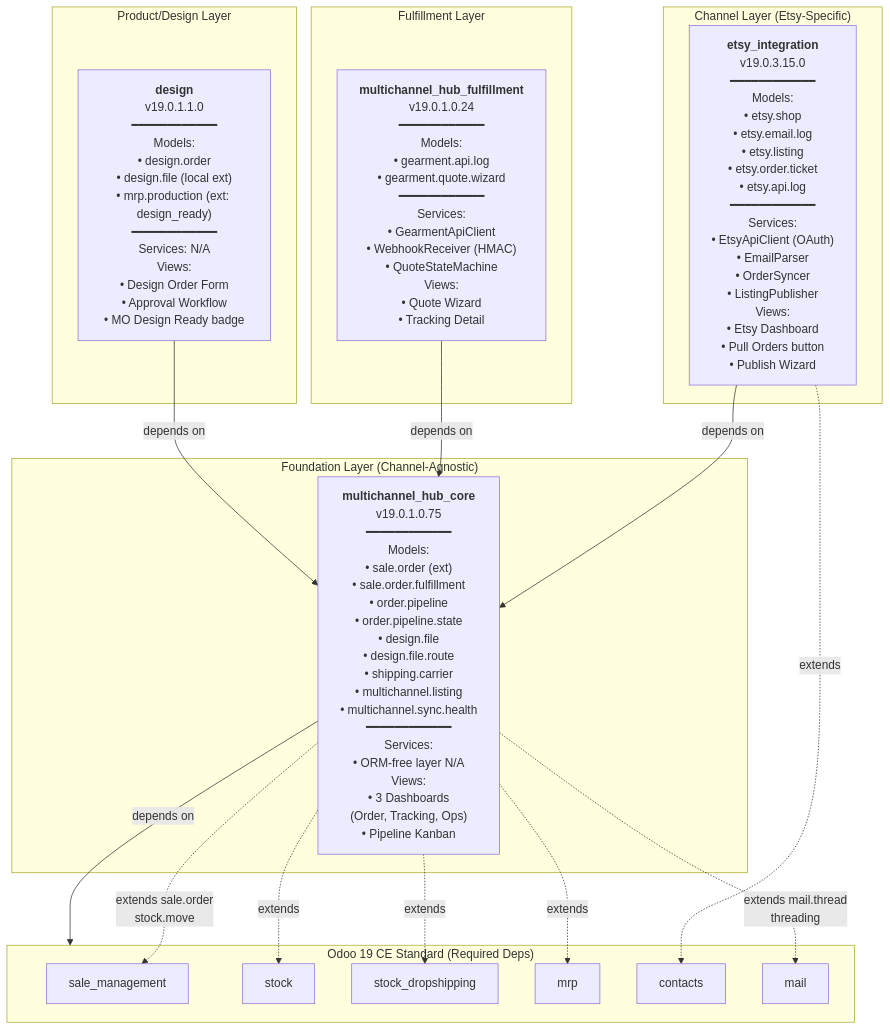
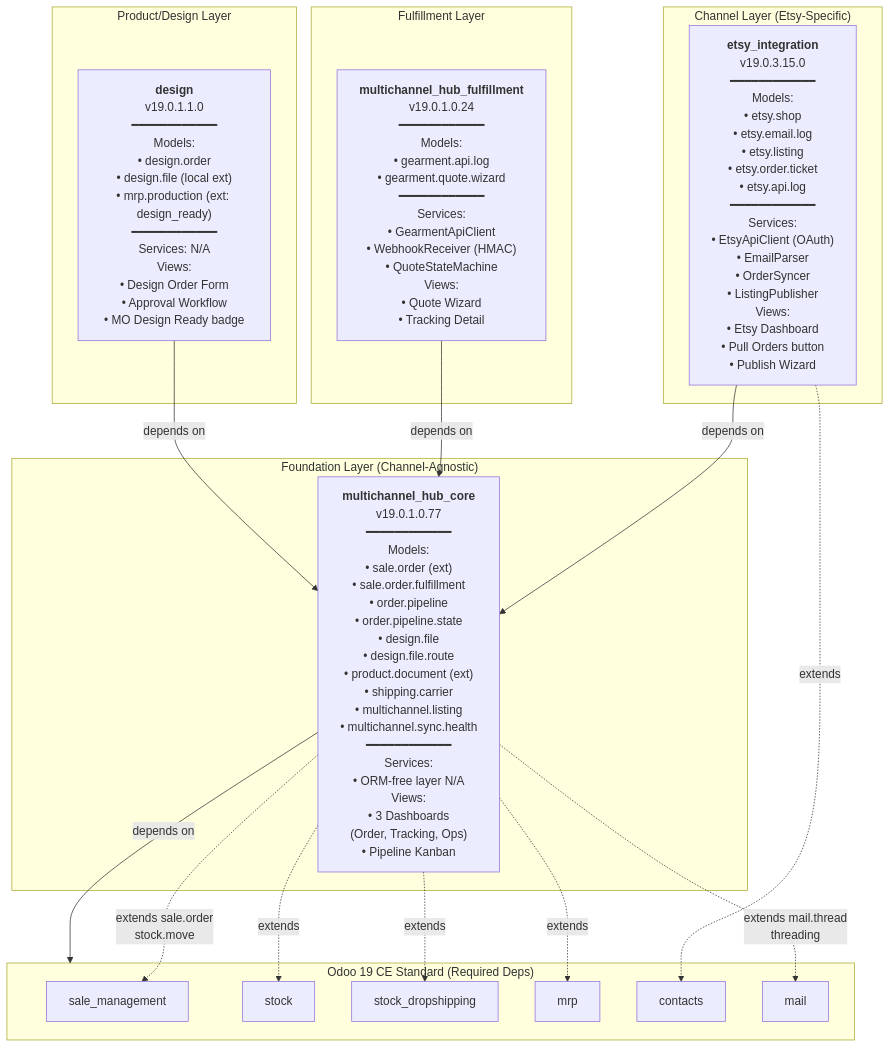
One commit to baoha-erptek/odoo changed the second of 4 diagrams in docs/sds/01-architecture.md. Above: the diagram before and after it, drawn with Mermaid. The commit also changed other lines of this file and 17 other files, not shown here.

First line of the commit message:
[scripts] feat(e2e): flow-4 after-sales runner 8/8 x2 — MF-E2E-4 CLOSED; full gate re-run on 19.0.1.0.77

````diff
--- a/docs/sds/01-architecture.md
+++ b/docs/sds/01-architecture.md
@@ -74,44 +74,44 @@
 ```mermaid
 graph TD
     subgraph StdOdoo["Odoo 19 CE Standard (Required Deps)"]
         sale["sale_management"]
         stock["stock"]
         stockdrop["stock_dropshipping"]
         mrp["mrp"]
         contacts["contacts"]
         mail["mail"]
     end
 
     subgraph Foundation["Foundation Layer (Channel-Agnostic)"]
-        MHC["<b>multichannel_hub_core</b><br/>v19.0.1.0.75<br/>━━━━━━━━━━━━<br/>Models:<br/>• sale.order (ext)<br/>• sale.order.fulfillment<br/>• order.pipeline<br/>• order.pipeline.state<br/>• design.file<br/>• design.file.route<br/>• shipping.carrier<br/>• multichannel.listing<br/>• multichannel.sync.health<br/>━━━━━━━━━━━━<br/>Services:<br/>• ORM-free layer N/A<br/>Views:<br/>• 3 Dashboards<br/>(Order, Tracking, Ops)<br/>• Pipeline Kanban"]
+        MHC["<b>multichannel_hub_core</b><br/>v19.0.1.0.77<br/>━━━━━━━━━━━━<br/>Models:<br/>• sale.order (ext)<br/>• sale.order.fulfillment<br/>• order.pipeline<br/>• order.pipeline.state<br/>• design.file<br/>• design.file.route<br/>• product.document (ext)<br/>• shipping.carrier<br/>• multichannel.listing<br/>• multichannel.sync.health<br/>━━━━━━━━━━━━<br/>Services:<br/>• ORM-free layer N/A<br/>Views:<br/>• 3 Dashboards<br/>(Order, Tracking, Ops)<br/>• Pipeline Kanban"]
     end
 
     subgraph Channel["Channel Layer (Etsy-Specific)"]
         ETH["<b>etsy_integration</b><br/>v19.0.3.15.0<br/>━━━━━━━━━━━━<br/>Models:<br/>• etsy.shop<br/>• etsy.email.log<br/>• etsy.listing<br/>• etsy.order.ticket<br/>• etsy.api.log<br/>━━━━━━━━━━━━<br/>Services:<br/>• EtsyApiClient (OAuth)<br/>• EmailParser<br/>• OrderSyncer<br/>• ListingPublisher<br/>Views:<br/>• Etsy Dashboard<br/>• Pull Orders button<br/>• Publish Wizard"]
     end
 
     subgraph Fulfillment["Fulfillment Layer"]
         MHF["<b>multichannel_hub_fulfillment</b><br/>v19.0.1.0.24<br/>━━━━━━━━━━━━<br/>Models:<br/>• gearment.api.log<br/>• gearment.quote.wizard<br/>━━━━━━━━━━━━<br/>Services:<br/>• GearmentApiClient<br/>• WebhookReceiver (HMAC)<br/>• QuoteStateMachine<br/>Views:<br/>• Quote Wizard<br/>• Tracking Detail"]
     end
 
     subgraph Product["Product/Design Layer"]
         Design["<b>design</b><br/>v19.0.1.1.0<br/>━━━━━━━━━━━━<br/>Models:<br/>• design.order<br/>• design.file (local ext)<br/>• mrp.production (ext: design_ready)<br/>━━━━━━━━━━━━<br/>Services: N/A<br/>Views:<br/>• Design Order Form<br/>• Approval Workflow<br/>• MO Design Ready badge"]
     end
 
     MHC -->|"depends on"| StdOdoo
     ETH -->|"depends on"| MHC
     MHF -->|"depends on"| MHC
     Design -->|"depends on"| MHC
 
     MHC -.->|"extends sale.order<br/>stock.move"| sale
     MHC -.->|"extends"| stock
     MHC -.->|"extends"| stockdrop
     MHC -.->|"extends"| mrp
     ETH -.->|"extends"| contacts
     MHC -.->|"extends mail.thread<br/>threading"| mail
 
     click MHC href "../../custom_addons/multichannel_hub_core" "View source"
     click ETH href "../../custom_addons/etsy_integration" "View source"
     click MHF href "../../custom_addons/multichannel_hub_fulfillment" "View source"
     click Design href "../../custom_addons/design" "View source"
 ```
````
